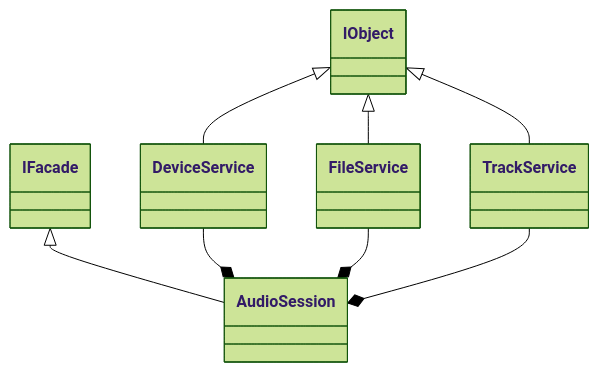
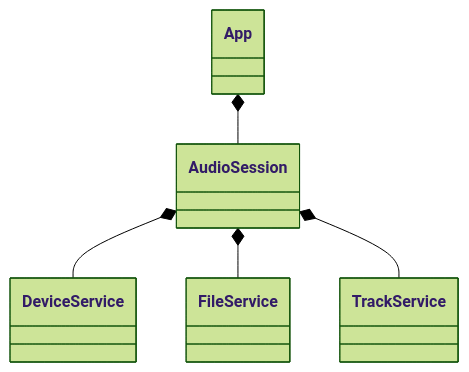
Before and after one commit to aidan-clyens/miniaudioengine: diagram 19 of 21 in docs/DESIGN_DOC.md, drawn with Mermaid (forest theme). The commit also changed other lines of this file and 1 other file, not shown here.

````diff
--- a/docs/DESIGN_DOC.md
+++ b/docs/DESIGN_DOC.md
@@ -793,20 +917,9 @@
 ```mermaid
 classDiagram
 
-    class IFacade
-    class IObject
+    App *-- AudioSession
 
-    class AudioSession
-    class DeviceService
-    class FileService
-    class TrackService
-
-    IFacade <|-- AudioSession
-    IObject <|-- DeviceService
-    IObject <|-- FileService
-    IObject <|-- TrackService
-
-    DeviceService --* AudioSession
-    FileService --* AudioSession
-    TrackService --* AudioSession
+    AudioSession *-- DeviceService
+    AudioSession *-- FileService
+    AudioSession *-- TrackService
 ```
````
